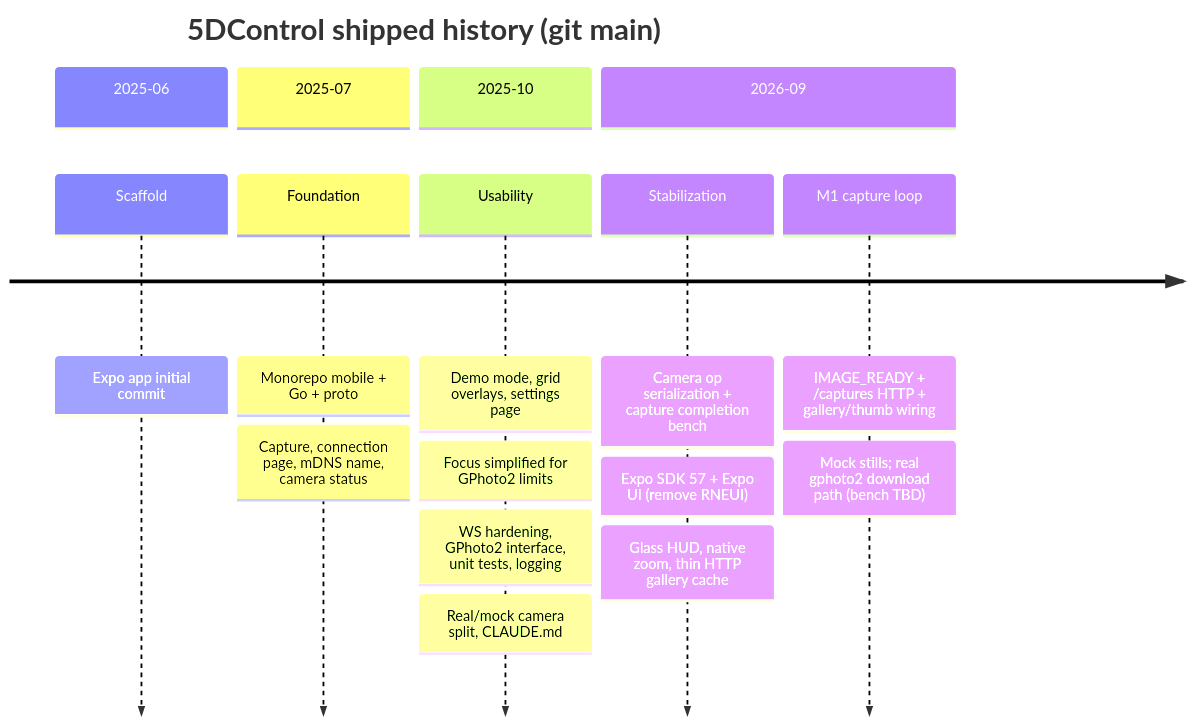
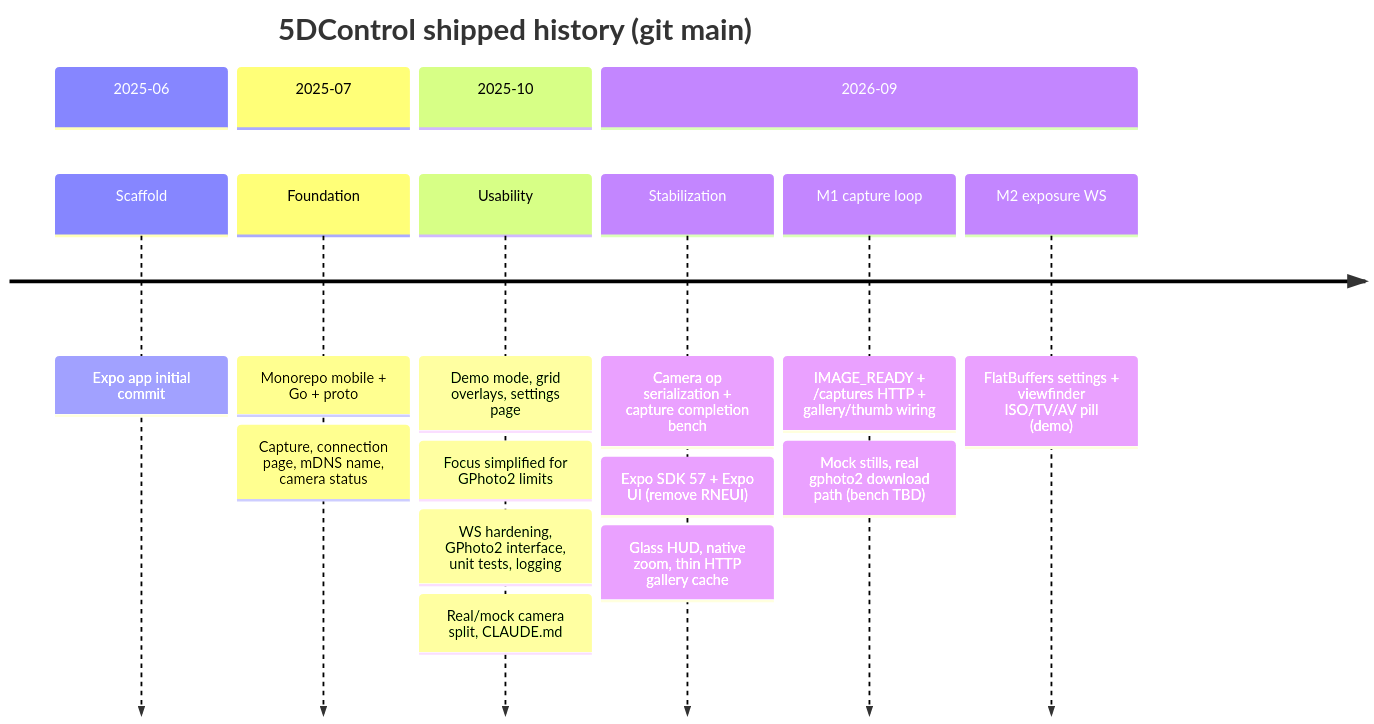
Before and after one commit to cjlawson02/5dcontrol: the first of 4 diagrams in docs/ROADMAP.md, drawn with Mermaid. The commit also changed other lines of this file and 22 other files, not shown here.

First line of the commit message:
feat: add remote exposure control over WS with a non-modal viewfinder HUD

````diff
--- a/docs/ROADMAP.md
+++ b/docs/ROADMAP.md
@@ -7,20 +7,21 @@
 ```mermaid
 timeline
   title 5DControl shipped history (git main)
     section 2025-06
       Scaffold : Expo app initial commit
     section 2025-07
       Foundation : Monorepo mobile + Go + proto
                  : Capture, connection page, mDNS name, camera status
     section 2025-10
       Usability : Demo mode, grid overlays, settings page
                 : Focus simplified for GPhoto2 limits
                 : WS hardening, GPhoto2 interface, unit tests, logging
                 : Real/mock camera split, CLAUDE.md
     section 2026-09
       Stabilization : Camera op serialization + capture completion bench
                     : Expo SDK 57 + Expo UI (remove RNEUI)
                     : Glass HUD, native zoom, thin HTTP gallery cache
       M1 capture loop : IMAGE_READY + /captures HTTP + gallery/thumb wiring
-                      : Mock stills; real gphoto2 download path (bench TBD)
+                      : Mock stills, real gphoto2 download path (bench TBD)
+      M2 exposure WS : FlatBuffers settings + viewfinder ISO/TV/AV pill (demo)
 ```
````
